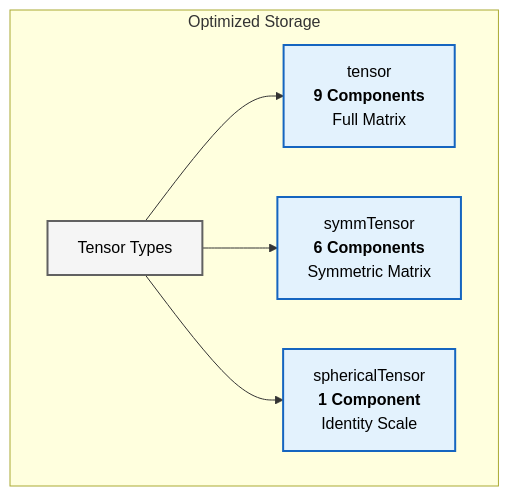
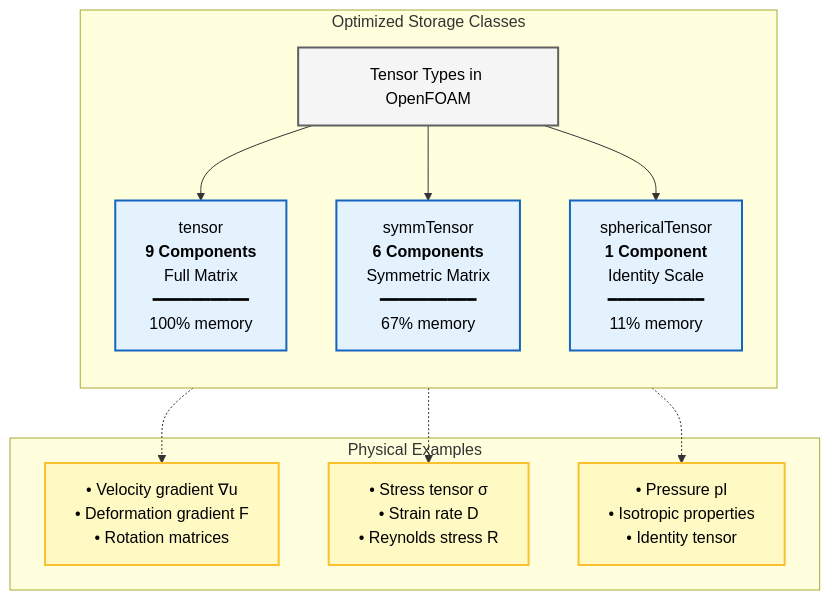
Before and after one commit to wramet/build-my-cfd: the first of 2 diagrams in MODULE_05_OPENFOAM_PROGRAMMING/CONTENT/11_TENSOR_ALGEBRA/02_Tensor_Class_Hierarchy.md, drawn with Mermaid. The commit also changed other lines of this file and 124 other files, not shown here.

````diff
--- a/MODULE_05_OPENFOAM_PROGRAMMING/CONTENT/11_TENSOR_ALGEBRA/02_Tensor_Class_Hierarchy.md
+++ b/MODULE_05_OPENFOAM_PROGRAMMING/CONTENT/11_TENSOR_ALGEBRA/02_Tensor_Class_Hierarchy.md
@@ -18,14 +74,31 @@
 ```mermaid
 flowchart TD
 %% Classes
 classDef explicit fill:#ffccbc,stroke:#d84315,stroke-width:2px,color:#000
 classDef implicit fill:#e3f2fd,stroke:#1565c0,stroke-width:2px,color:#000
 classDef context fill:#f5f5f5,stroke:#616161,stroke-width:2px,color:#000
-T["Tensor Types"]:::context
+classDef storage fill:#fff9c4,stroke:#fbc02d,stroke-width:2px,color:#000
 
-subgraph Variants[" Optimized Storage "]
-    T --> T9["tensor<br/><b>9 Components</b><br/>Full Matrix"]:::implicit
-    T --> T6["symmTensor<br/><b>6 Components</b><br/>Symmetric Matrix"]:::implicit
-    T --> T1["sphericalTensor<br/><b>1 Component</b><br/>Identity Scale"]:::implicit
+T["Tensor Types in OpenFOAM"]:::context
+
+subgraph Variants["Optimized Storage Classes"]
+    direction TB
+    T9["tensor<br/><b>9 Components</b><br/>Full Matrix<br/>━━━━━━━━━━<br/>100% memory"]:::implicit
+    T6["symmTensor<br/><b>6 Components</b><br/>Symmetric Matrix<br/>━━━━━━━━━━<br/>67% memory"]:::implicit
+    T1["sphericalTensor<br/><b>1 Component</b><br/>Identity Scale<br/>━━━━━━━━━━<br/>11% memory"]:::implicit
+    
+    T --> T9
+    T --> T6
+    T --> T1
+end
+
+subgraph Examples["Physical Examples"]
+    E9["• Velocity gradient ∇u<br/>• Deformation gradient F<br/>• Rotation matrices"]:::storage
+    E6["• Stress tensor σ<br/>• Strain rate D<br/>• Reynolds stress R"]:::storage
+    E1["• Pressure pI<br/>• Isotropic properties<br/>• Identity tensor"]:::storage
+    
+    T9 -.-> E9
+    T6 -.-> E6
+    T1 -.-> E1
 end
 ```
````
